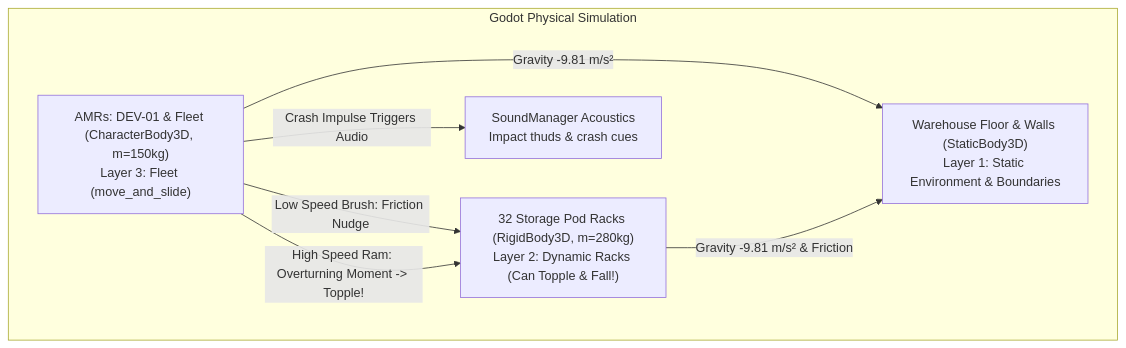
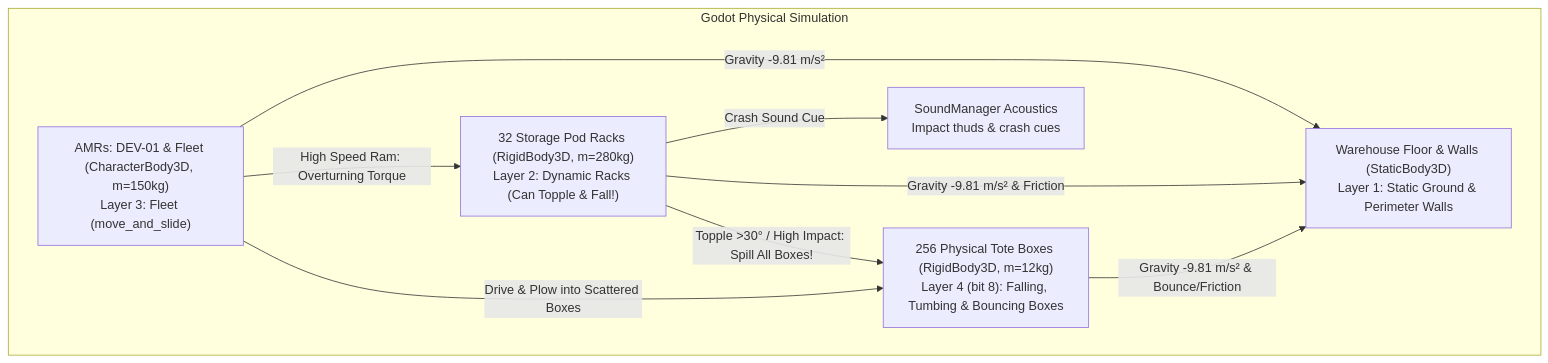
The third of 3 diagrams in docs/phases/04_WAREHOUSE_SIMULATION_ENVIRONMENT.md (QuangManhAI/RL_port_scheduling_container), drawn with Mermaid before and after one commit. The commit also changed other lines of this file and 8 other files, not shown here.

First line of the commit message:
feat(env): add 3D physical tote boxes and full environment reset

````diff
--- a/docs/phases/04_WAREHOUSE_SIMULATION_ENVIRONMENT.md
+++ b/docs/phases/04_WAREHOUSE_SIMULATION_ENVIRONMENT.md
@@ -203,15 +195,18 @@
 ```mermaid
 graph TD
     subgraph Godot Physical Simulation
-        Floor["Warehouse Floor & Walls (StaticBody3D)<br>Layer 1: Static Environment & Boundaries"]
+        Floor["Warehouse Floor & Walls (StaticBody3D)<br>Layer 1: Static Ground & Perimeter Walls"]
         Racks["32 Storage Pod Racks (RigidBody3D, m=280kg)<br>Layer 2: Dynamic Racks (Can Topple & Fall!)"]
         AMR["AMRs: DEV-01 & Fleet (CharacterBody3D, m=150kg)<br>Layer 3: Fleet (move_and_slide)"]
+        Totes["256 Physical Tote Boxes (RigidBody3D, m=12kg)<br>Layer 4 (bit 8): Falling, Tumbing & Bouncing Boxes"]
         Audio["SoundManager Acoustics<br>Impact thuds & crash cues"]
     end
 
     AMR -->|Gravity -9.81 m/s²| Floor
     Racks -->|Gravity -9.81 m/s² & Friction| Floor
-    AMR -->|Low Speed Brush: Friction Nudge| Racks
-    AMR -->|High Speed Ram: Overturning Moment -> Topple!| Racks
-    AMR -->|Crash Impulse Triggers Audio| Audio
+    Totes -->|Gravity -9.81 m/s² & Bounce/Friction| Floor
+    AMR -->|High Speed Ram: Overturning Torque| Racks
+    Racks -->|Topple >30° / High Impact: Spill All Boxes!| Totes
+    AMR -->|Drive & Plow into Scattered Boxes| Totes
+    Racks -->|Crash Sound Cue| Audio
 ```
````
